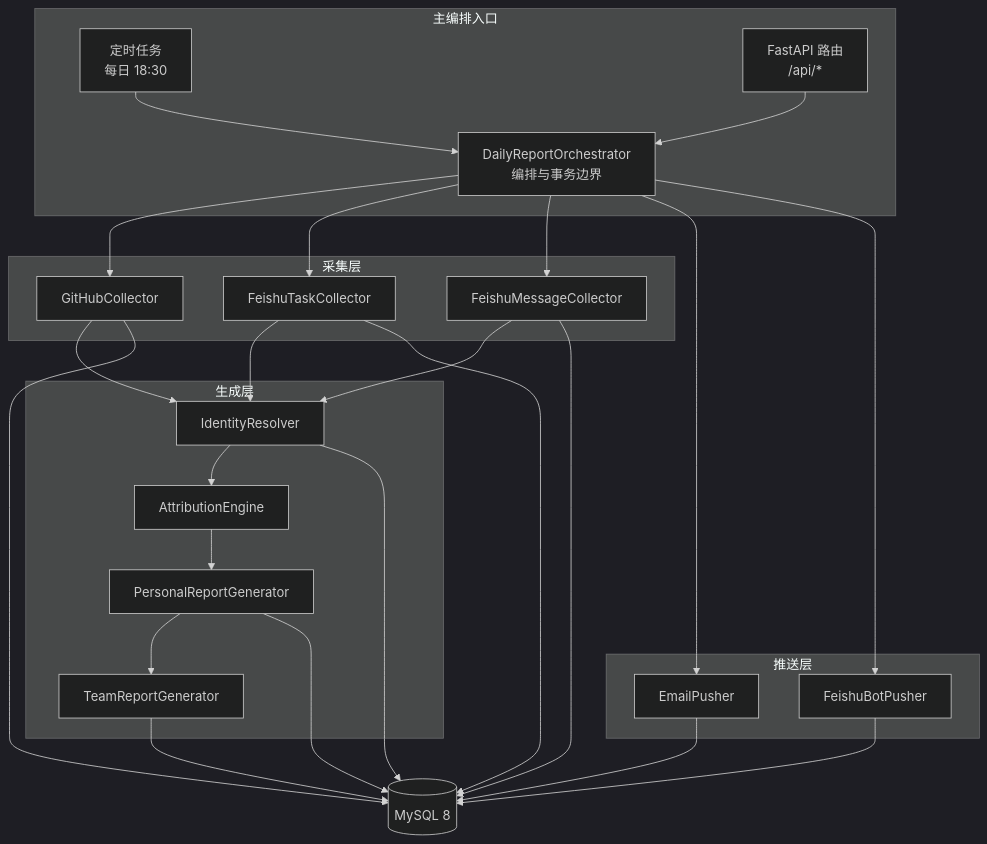
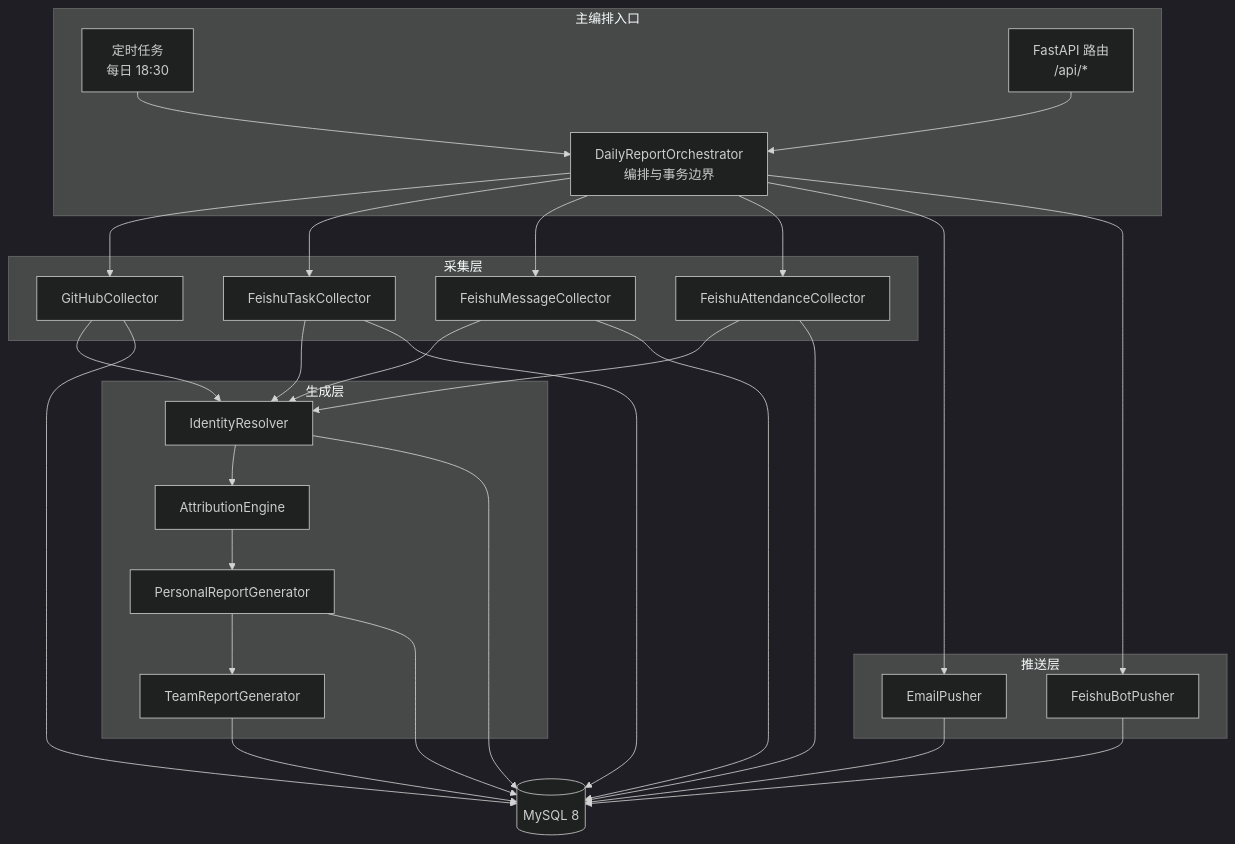
The diagram in v1-sdd/specs/design.md (lixiyi111/WorkDailyReport), drawn with Mermaid (dark theme) before and after one commit. The commit also changed other lines of this file and 12 other files, not shown here.

````diff
--- a/v1-sdd/specs/design.md
+++ b/v1-sdd/specs/design.md
@@ -12,50 +12,54 @@
 ```mermaid
 flowchart TB
   subgraph 入口["主编排入口"]
     ORC["DailyReportOrchestrator<br/>编排与事务边界"]
     SCH["定时任务<br/>每日 18:30"]
     API["FastAPI 路由<br/>/api/*"]
   end
 
   subgraph 采集["采集层"]
     GH["GitHubCollector"]
     FT["FeishuTaskCollector"]
     FM["FeishuMessageCollector"]
+    FA["FeishuAttendanceCollector"]
   end
 
   subgraph 生成["生成层"]
     IDR["IdentityResolver"]
     ATT["AttributionEngine"]
     PGR["PersonalReportGenerator"]
     TGR["TeamReportGenerator"]
   end
 
   subgraph 推送["推送层"]
     EM["EmailPusher"]
     FB["FeishuBotPusher"]
   end
 
   DB[("MySQL 8")]
 
   SCH --> ORC
   API --> ORC
   ORC --> GH
   ORC --> FT
   ORC --> FM
+  ORC --> FA
   GH --> IDR
   FT --> IDR
   FM --> IDR
+  FA --> IDR
   IDR --> ATT
   ATT --> PGR
   PGR --> TGR
   ORC --> EM
   ORC --> FB
   GH --> DB
   FT --> DB
   FM --> DB
+  FA --> DB
   IDR --> DB
   PGR --> DB
   TGR --> DB
   EM --> DB
   FB --> DB
 ```
````
